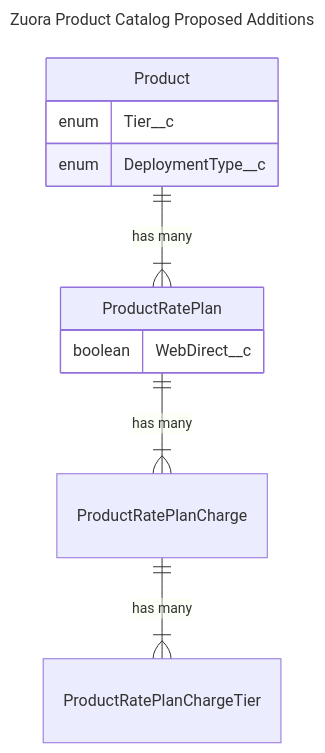
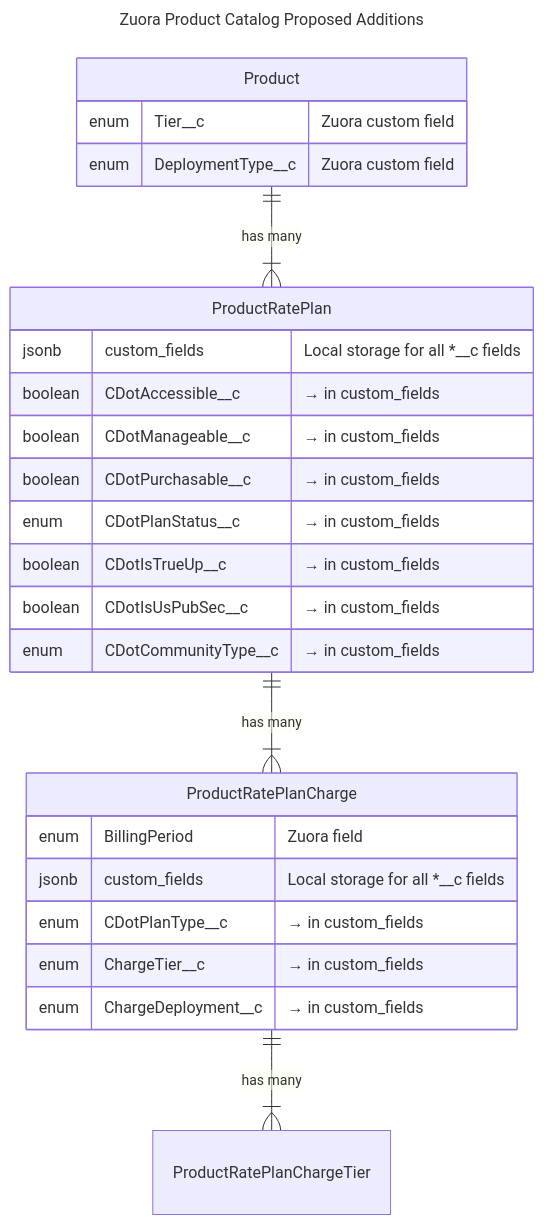
The second of 2 diagrams in content/handbook/engineering/architecture/design-documents/cdot_plan_managment/_index.md (zalyoung/gitlab-handbook), drawn with Mermaid before and after one commit. The commit also changed other lines of this file and 1 other file, not shown here.

Commit message:
Update Automate CustomersDot Plan management blueprint

````diff
--- a/content/handbook/engineering/architecture/design-documents/cdot_plan_managment/_index.md
+++ b/content/handbook/engineering/architecture/design-documents/cdot_plan_managment/_index.md
@@ -88,18 +80,35 @@
 ```mermaid
 ---
 title: Zuora Product Catalog Proposed Additions
 ---
 erDiagram
   "Product" ||--|{ "ProductRatePlan" : "has many"
   "ProductRatePlan" ||--|{ "ProductRatePlanCharge" : "has many"
   "ProductRatePlanCharge" ||--|{ "ProductRatePlanChargeTier" : "has many"
 
   "Product" {
-    enum Tier__c
-    enum DeploymentType__c
+    enum Tier__c "Zuora custom field"
+    enum DeploymentType__c "Zuora custom field"
   }
 
   "ProductRatePlan" {
-    boolean WebDirect__c
+    jsonb custom_fields "Local storage for all *__c fields"
+    %% Fields stored within custom_fields JSONB:
+    boolean CDotAccessible__c "→ in custom_fields"
+    boolean CDotManageable__c "→ in custom_fields"
+    boolean CDotPurchasable__c "→ in custom_fields"
+    enum CDotPlanStatus__c "→ in custom_fields"
+    boolean CDotIsTrueUp__c "→ in custom_fields"
+    boolean CDotIsUsPubSec__c "→ in custom_fields"
+    enum CDotCommunityType__c "→ in custom_fields"
+  }
+
+  "ProductRatePlanCharge" {
+    enum BillingPeriod "Zuora field"
+    jsonb custom_fields "Local storage for all *__c fields"
+    %% Fields stored within custom_fields JSONB:
+    enum CDotPlanType__c "→ in custom_fields"
+    enum ChargeTier__c "→ in custom_fields"
+    enum ChargeDeployment__c "→ in custom_fields"
   }
 ```
````
